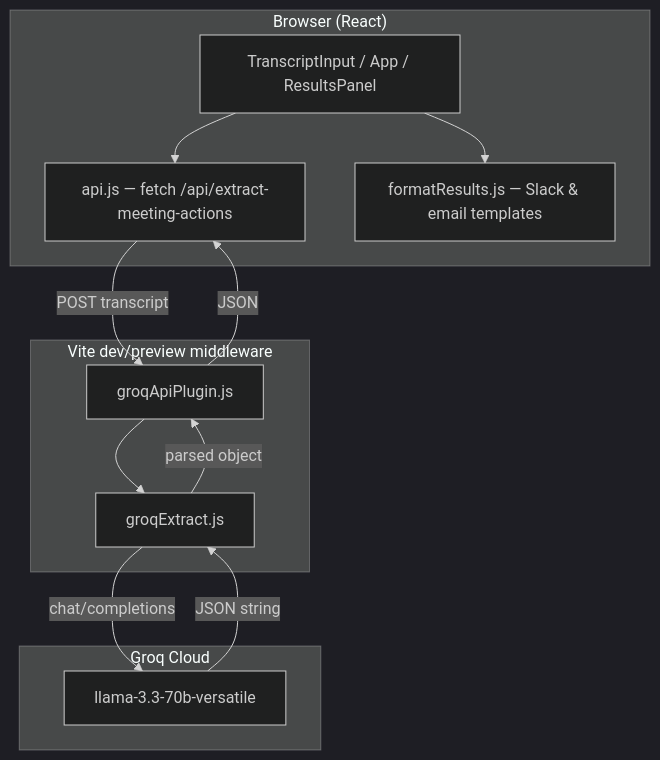
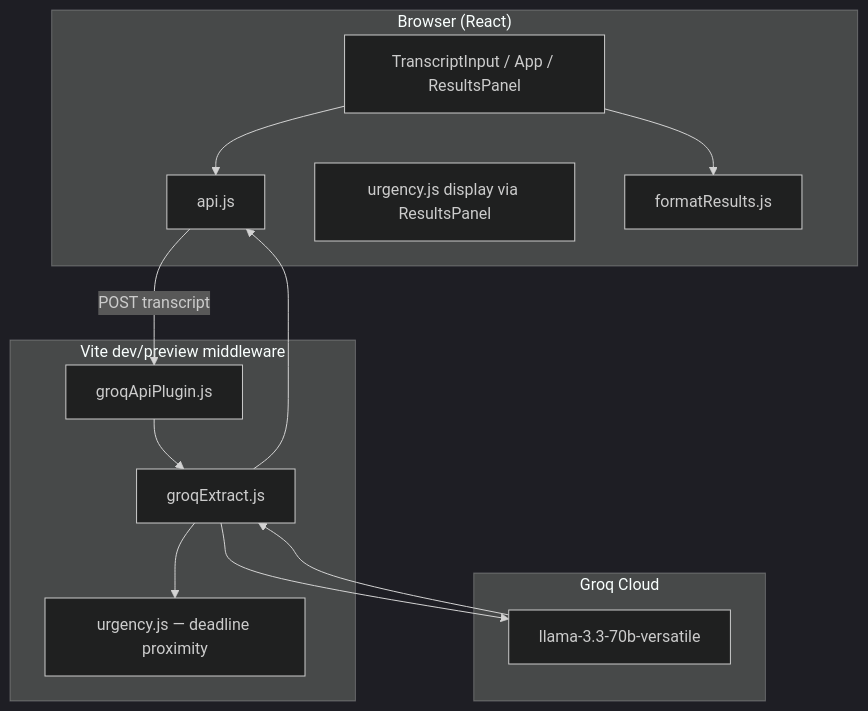
Before and after one commit to uswakhan12/Meeting-Minutes-Automation: the diagram in README.md, drawn with Mermaid (dark theme). The commit also changed other lines of this file and 10 other files, not shown here.

````diff
--- a/README.md
+++ b/README.md
@@ -73,26 +106,28 @@
 ```mermaid
 flowchart TB
   subgraph Client["Browser (React)"]
     UI[TranscriptInput / App / ResultsPanel]
-    API_CLIENT["api.js — fetch /api/extract-meeting-actions"]
-    FORMAT[formatResults.js — Slack & email templates]
+    API_CLIENT["api.js"]
+    URGENCY_UI[urgency.js display via ResultsPanel]
+    FORMAT[formatResults.js]
     UI --> API_CLIENT
     UI --> FORMAT
   end
 
   subgraph Server["Vite dev/preview middleware"]
     PLUGIN[groqApiPlugin.js]
-    GROQ_LIB[groqExtract.js]
-    PLUGIN --> GROQ_LIB
+    GROQ[groqExtract.js]
+    URGENCY[urgency.js — deadline proximity]
+    PLUGIN --> GROQ
+    GROQ --> URGENCY
   end
 
   subgraph External["Groq Cloud"]
     LLM["llama-3.3-70b-versatile"]
   end
 
   API_CLIENT -->|POST transcript| PLUGIN
-  GROQ_LIB -->|chat/completions| LLM
-  LLM -->|JSON string| GROQ_LIB
-  GROQ_LIB -->|parsed object| PLUGIN
-  PLUGIN -->|JSON| API_CLIENT
+  GROQ --> LLM
+  LLM --> GROQ
+  GROQ --> API_CLIENT
 ```
````
